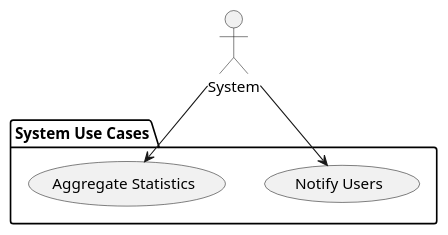
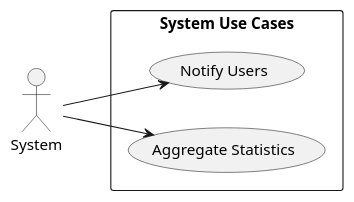
One commit to Huangphoux/uit-SE357_requirement changed the diagram in docs/2. Diagrams/Use case diagram/SystemUseCaseDiagram.pu. Above: the diagram before and after it, drawn with PlantUML. The commit also changed 30 other files, not shown here.

```diff
--- a/docs/2. Diagrams/Use case diagram/SystemUseCaseDiagram.pu
+++ b/docs/2. Diagrams/Use case diagram/SystemUseCaseDiagram.pu
@@ -1,16 +1,18 @@
 @startuml SystemUseCaseDiagram
+
+left to right direction
 
 ' Define actor
 actor System
 
 ' Group use cases in a box
-package "System Use Cases" {
+rectangle "System Use Cases" {
   usecase "Notify Users" as UC19
   usecase "Aggregate Statistics" as UC20
 }
 
 ' Relationships for System
 System --> UC19
 System --> UC20
 
 @enduml
```
